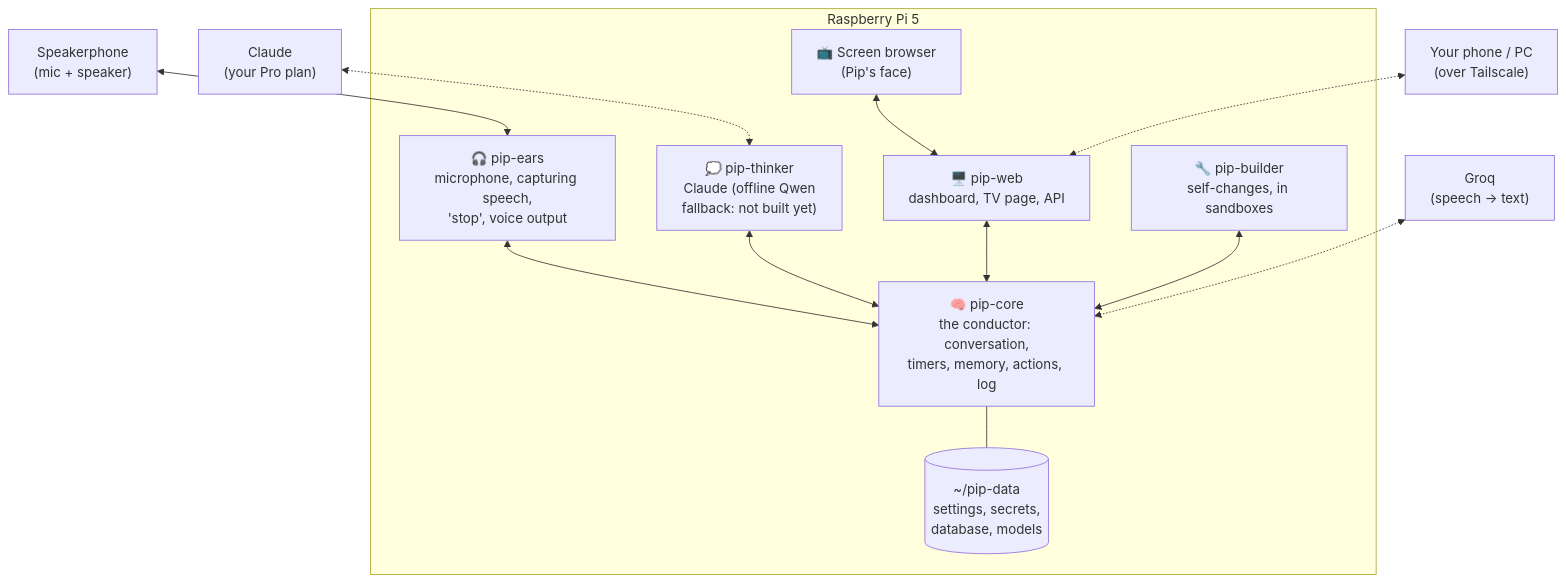
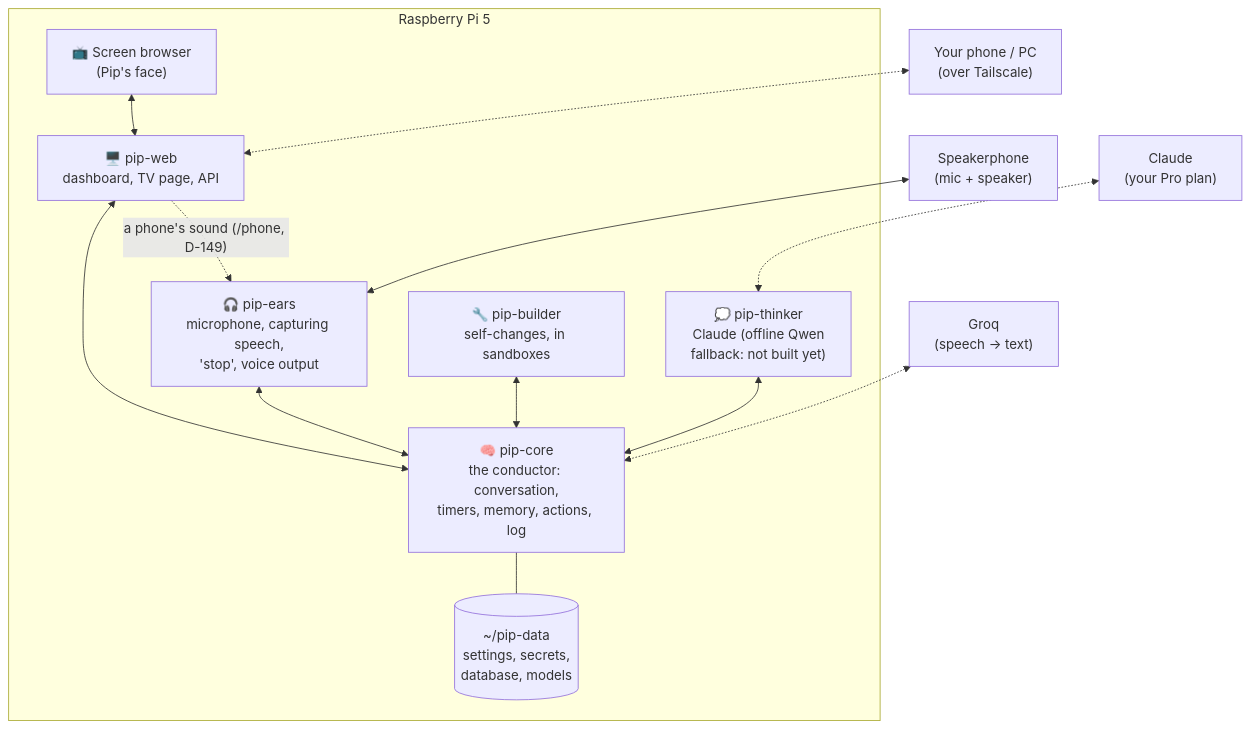
One commit to LandenHeine17/pip changed the first of 5 diagrams in docs/ARCHITECTURE.md. Above: the diagram before and after it, drawn with Mermaid. The commit also changed other lines of this file and 28 other files, not shown here.

````diff
--- a/docs/ARCHITECTURE.md
+++ b/docs/ARCHITECTURE.md
@@ -24,22 +24,23 @@
 ```mermaid
 flowchart TB
     subgraph Pi["Raspberry Pi 5"]
         EARS["🎧 pip-ears<br/>microphone, capturing speech,<br/>'stop', voice output"]
         CORE["🧠 pip-core<br/>the conductor: conversation,<br/>timers, memory, actions, log"]
         THINK["💭 pip-thinker<br/>Claude (offline Qwen<br/>fallback: not built yet)"]
         WEB["🖥️ pip-web<br/>dashboard, TV page, API"]
         BUILD["🔧 pip-builder<br/>self-changes, in sandboxes"]
         KIOSK["📺 Screen browser<br/>(Pip's face)"]
         DATA[("~/pip-data<br/>settings, secrets,<br/>database, models")]
     end
     MIC["Speakerphone<br/>(mic + speaker)"] <--> EARS
     EARS <--> CORE
     THINK <--> CORE
     WEB <--> CORE
     BUILD <--> CORE
     KIOSK <--> WEB
     CORE --- DATA
     GROQ["Groq<br/>(speech → text)"] <-.-> CORE
     CLAUDE["Claude<br/>(your Pro plan)"] <-.-> THINK
     PHONE["Your phone / PC<br/>(over Tailscale)"] <-.-> WEB
+    WEB -. "a phone's sound (/phone, D-149)" .-> EARS
 ```
````
